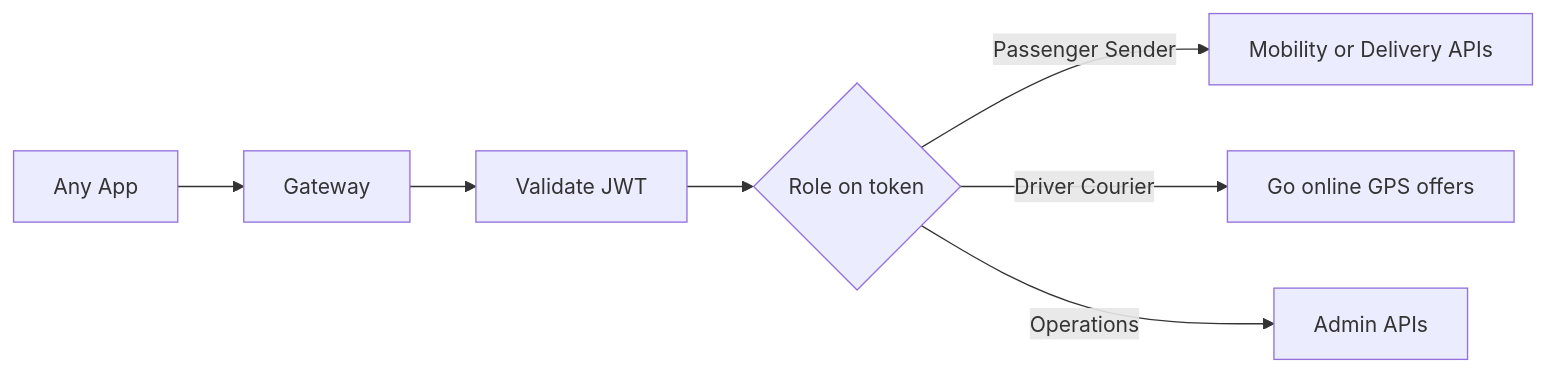
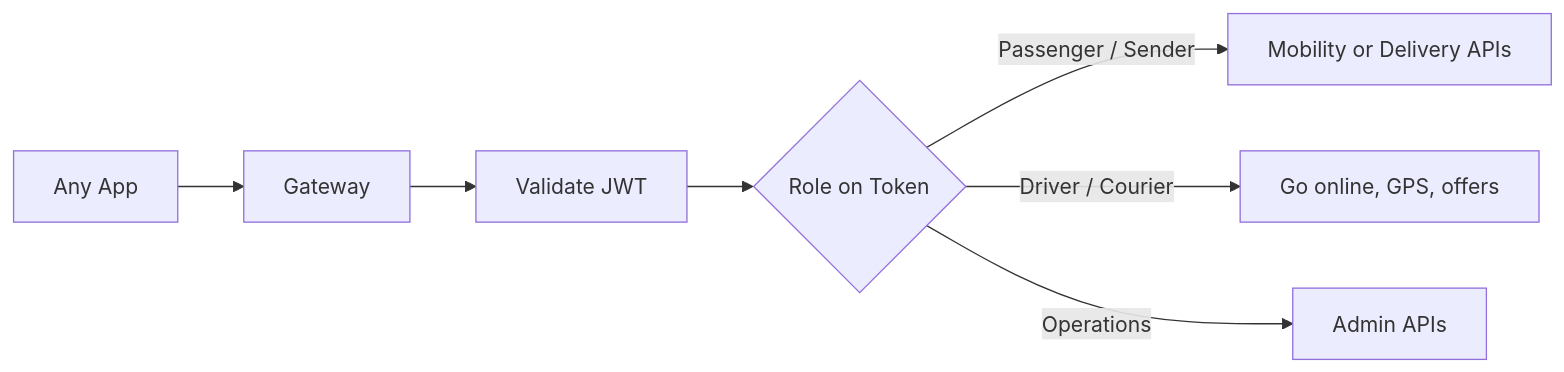
One commit to mostafiz57/Software-Architecture-Playbook changed the seventh of 17 diagrams in case-studies/mobility-delivery-platform/README.md. Above: the diagram before and after it, drawn with Mermaid. The commit also changed other lines of this file, not shown here.

````diff
--- a/case-studies/mobility-delivery-platform/README.md
+++ b/case-studies/mobility-delivery-platform/README.md
@@ -323,9 +325,9 @@
 ```mermaid
 flowchart LR
   App["Any App"] --> GW["Gateway"]
   GW --> Auth["Validate JWT"]
-  Auth --> Role{"Role on token"}
-  Role -->|"Passenger Sender"| Product["Mobility or Delivery APIs"]
-  Role -->|"Driver Courier"| Supply["Go online GPS offers"]
+  Auth --> Role{"Role on Token"}
+  Role -->|"Passenger / Sender"| Product["Mobility or Delivery APIs"]
+  Role -->|"Driver / Courier"| Supply["Go online, GPS, offers"]
   Role -->|"Operations"| Admin["Admin APIs"]
 ```
````
